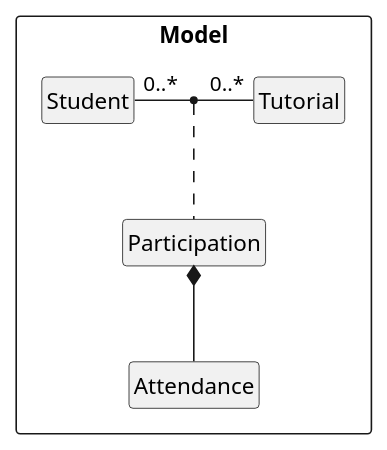
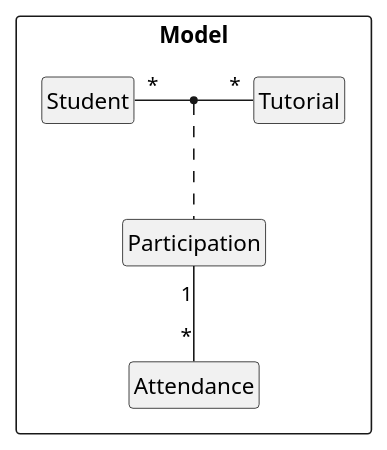
One commit to nus-cs2103-AY2425S1/tp changed the diagram in docs/diagrams/ParticipationAsAssociationDiagram.puml. Above: the diagram before and after it, drawn with PlantUML.

Commit message:
Edit uml

```diff
--- a/docs/diagrams/ParticipationAsAssociationDiagram.puml
+++ b/docs/diagrams/ParticipationAsAssociationDiagram.puml
@@ -1,18 +1,18 @@
 @startuml
 
 package Model as ModelPackage<<Rectangle>>{
 hide circle
 hide members
 skinparam classAttributeIconSize 0
     class Student
     class Tutorial
     class Participation
     class Attendance
 
-    Participation *-- Attendance
+    Participation "1" -- "*" Attendance
 
-    Student "0..*" -right- "0..*" Tutorial
+    Student "*" -right- "*" Tutorial
     (Student, Tutorial). Participation
 }
 
 @enduml
```
